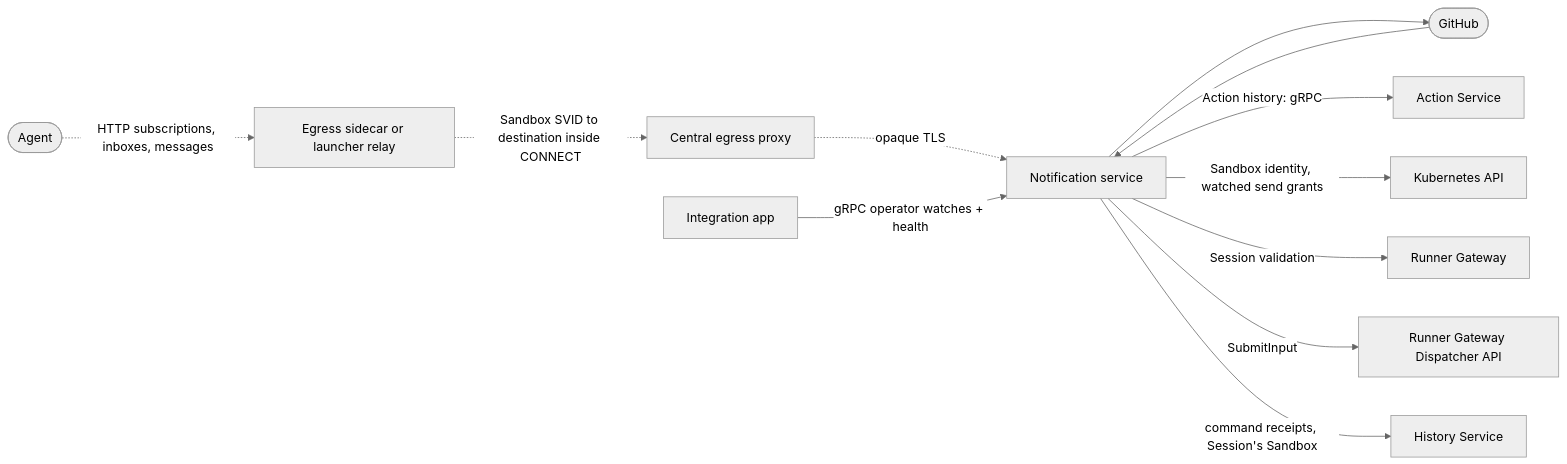
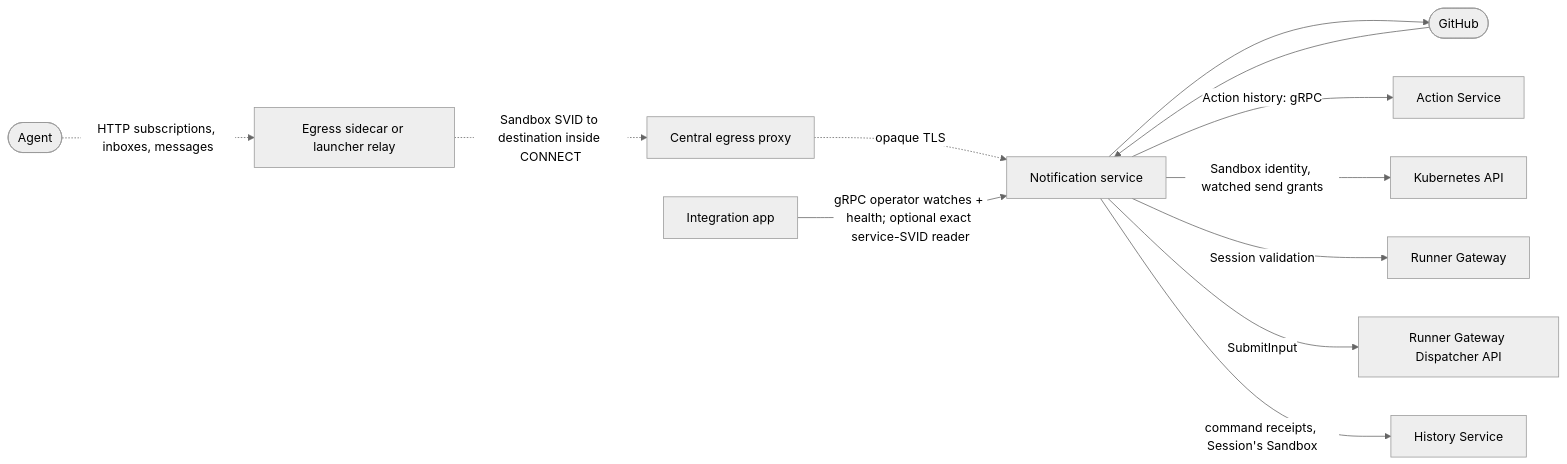
The eighth of 10 diagrams in agentplane/docs/system_overview.md (agentydragon/ducktape), drawn with Mermaid (neutral theme) before and after one commit. The commit also changed other lines of this file and 13 other files, not shown here.

Commit message:
Admit service SVID readers for Notification diagnostics

````diff
--- a/agentplane/docs/system_overview.md
+++ b/agentplane/docs/system_overview.md
@@ -537,26 +537,26 @@
 ```mermaid
 flowchart LR
     agent([Agent])
     app[Integration app]
     github([GitHub])
     notifications[Notification service]
     actions[Action Service]
     k8s[Kubernetes API]
     gateway[Runner Gateway]
     dispatcher[Runner Gateway Dispatcher API]
     history[History Service]
 
     sidecar[Egress sidecar or launcher relay]
     proxy[Central egress proxy]
     agent -.->|HTTP subscriptions, inboxes, messages| sidecar
     sidecar -.->|Sandbox SVID to destination inside CONNECT| proxy
     proxy -.->|opaque TLS| notifications
-    app -->|gRPC operator watches + health| notifications
+    app -->|gRPC operator watches + health; optional exact service-SVID reader| notifications
     github --> notifications
     notifications --> github
     notifications -->|Action history: gRPC| actions
     notifications -->|Sandbox identity, watched send grants| k8s
     notifications -->|Session validation| gateway
     notifications -->|SubmitInput| dispatcher
     notifications -->|command receipts, Session's Sandbox| history
 ```
````
